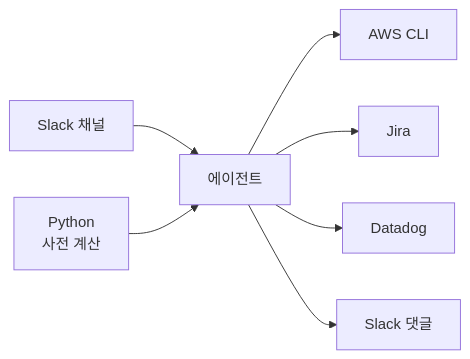
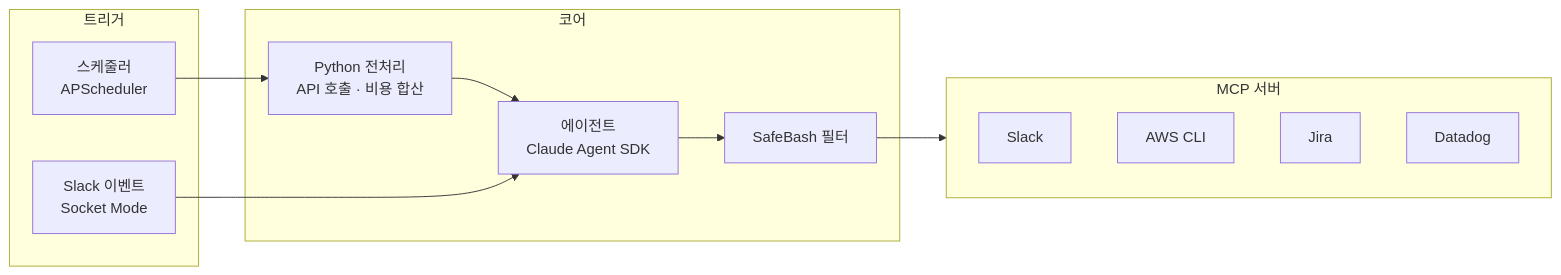
One commit to kimduksoo/duksoo-tech-blog changed the diagram in content/ai/ai-infra-automation.md. Above: the diagram before and after it, drawn with Mermaid.

Commit message:
시스템 개요 다이어그램 트리거/코어/MCP 레이어 구조로 개선

````diff
--- a/content/ai/ai-infra-automation.md
+++ b/content/ai/ai-infra-automation.md
@@ -26,9 +26,24 @@
 ```mermaid
 flowchart LR
-    Slack[Slack 채널] --> Agent[에이전트]
-    Code[Python<br/>사전 계산] --> Agent
-    Agent --> AWS[AWS CLI]
-    Agent --> Jira[Jira]
-    Agent --> DD[Datadog]
-    Agent --> Reply[Slack 댓글]
+    subgraph 트리거
+        Cron[스케줄러<br/>APScheduler]
+        Event[Slack 이벤트<br/>Socket Mode]
+    end
+
+    subgraph 코어
+        Pre[Python 전처리<br/>API 호출 · 비용 합산]
+        Agent[에이전트<br/>Claude Agent SDK]
+        Safe[SafeBash 필터]
+    end
+
+    subgraph MCP[MCP 서버]
+        S[Slack]
+        A[AWS CLI]
+        J[Jira]
+        D[Datadog]
+    end
+
+    Cron --> Pre --> Agent
+    Event --> Agent
+    Agent --> Safe --> MCP
 ```
````
